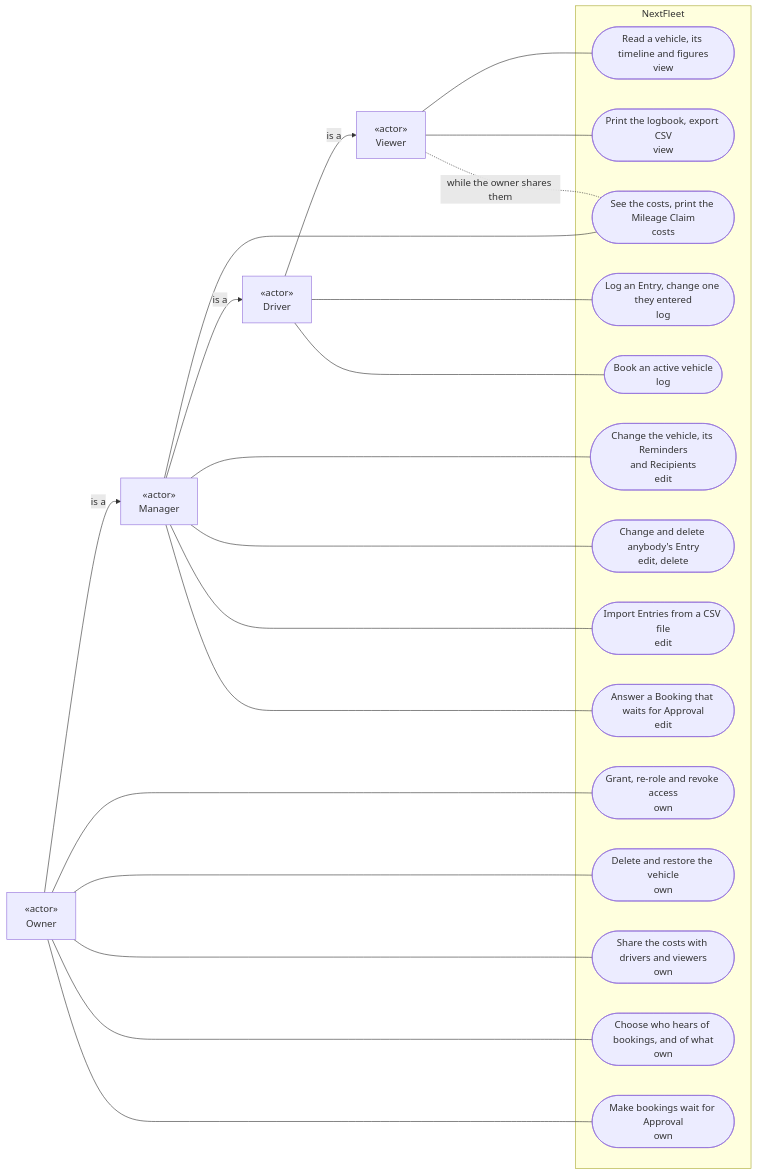
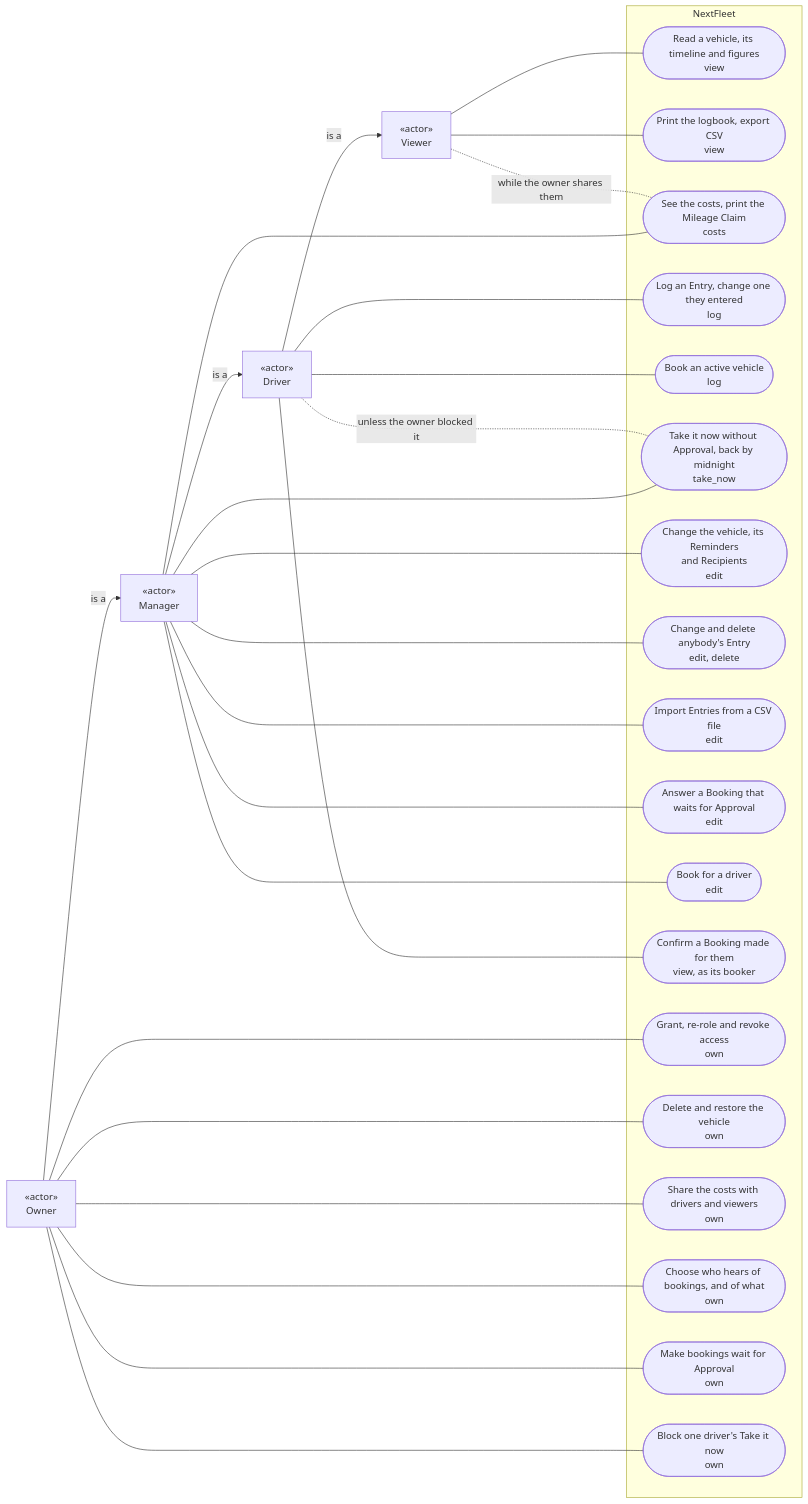
The first of 8 diagrams in docs/design/context.md (typical42/next-fleet), drawn with Mermaid before and after one commit. The commit also changed other lines of this file and 136 other files, not shown here.

````diff
--- a/docs/design/context.md
+++ b/docs/design/context.md
@@ -18,29 +18,34 @@
 ```mermaid
 flowchart LR
     Owner["«actor»<br/>Owner"]
     Manager["«actor»<br/>Manager"]
     Driver["«actor»<br/>Driver"]
     Viewer["«actor»<br/>Viewer"]
     Owner -->|is a| Manager -->|is a| Driver -->|is a| Viewer
     subgraph NextFleet
         read(["Read a vehicle, its timeline and figures<br/>view"])
         print(["Print the logbook, export CSV<br/>view"])
         costs(["See the costs, print the Mileage Claim<br/>costs"])
         log(["Log an Entry, change one they entered<br/>log"])
         book(["Book an active vehicle<br/>log"])
+        takeNow(["Take it now without Approval, back by midnight<br/>take_now"])
         edit(["Change the vehicle, its Reminders<br/>and Recipients<br/>edit"])
         any(["Change and delete anybody's Entry<br/>edit, delete"])
         import(["Import Entries from a CSV file<br/>edit"])
         answer(["Answer a Booking that waits for Approval<br/>edit"])
+        bookFor(["Book for a driver<br/>edit"])
+        seen(["Confirm a Booking made for them<br/>view, as its booker"])
         grant(["Grant, re-role and revoke access<br/>own"])
         exist(["Delete and restore the vehicle<br/>own"])
         share(["Share the costs with drivers and viewers<br/>own"])
         notices(["Choose who hears of bookings, and of what<br/>own"])
         gate(["Make bookings wait for Approval<br/>own"])
+        block(["Block one driver's Take it now<br/>own"])
     end
     Viewer --- read & print
     Viewer -.-|while the owner shares them| costs
-    Driver --- log & book
-    Manager --- edit & any & import & costs & answer
-    Owner --- grant & exist & share & notices & gate
+    Driver --- log & book & seen
+    Driver -.-|unless the owner blocked it| takeNow
+    Manager --- edit & any & import & costs & takeNow & answer & bookFor
+    Owner --- grant & exist & share & notices & gate & block
 ```
````
